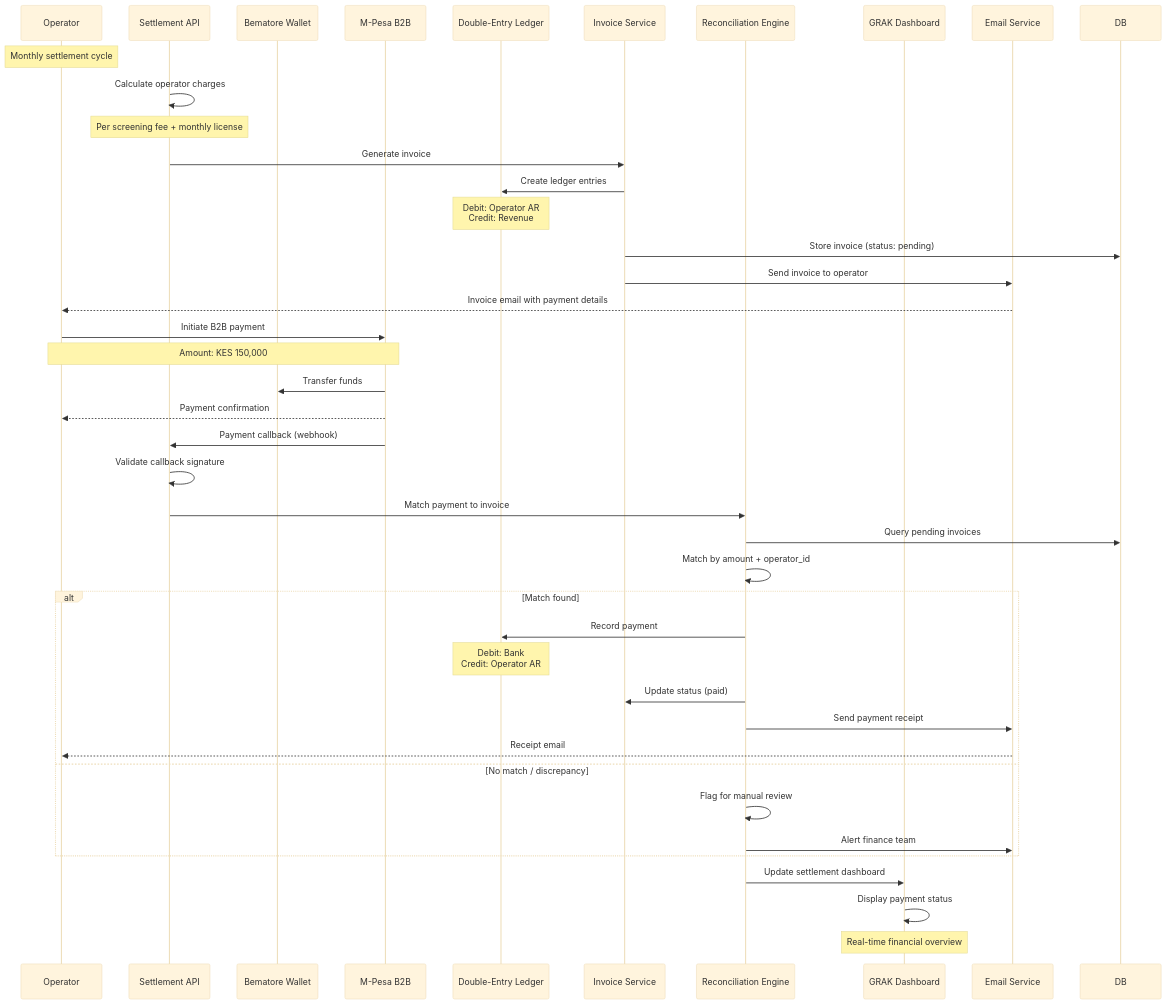
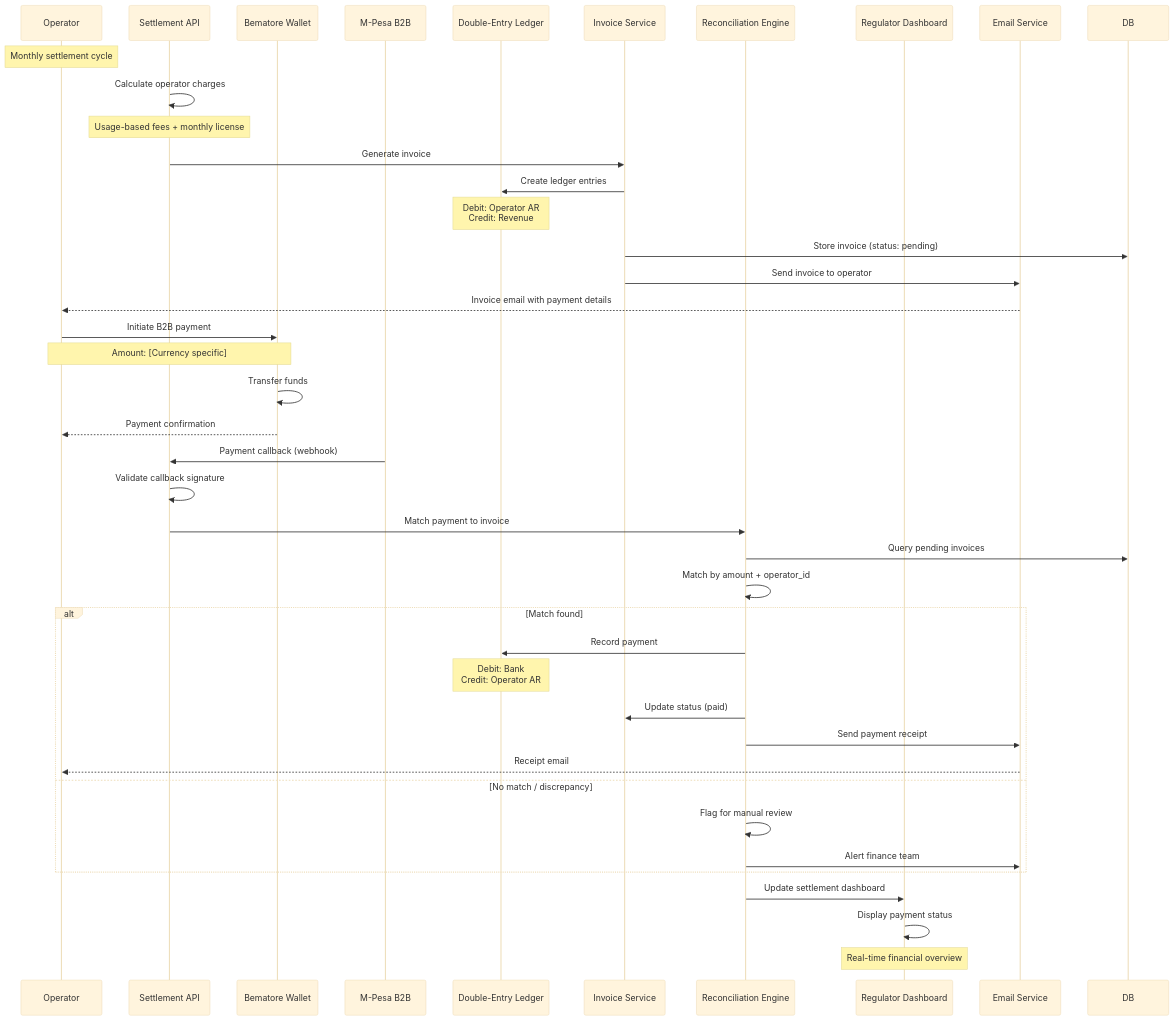
The fourth of 9 diagrams in backend/docs/architecture/data-flow-diagrams.md (tomojanga/Bematore-NSER-RG), drawn with Mermaid (base theme) before and after one commit. The commit also changed other lines of this file and 4 other files, not shown here.

````diff
--- a/backend/docs/architecture/data-flow-diagrams.md
+++ b/backend/docs/architecture/data-flow-diagrams.md
@@ -236,50 +236,50 @@
 ```mermaid
 sequenceDiagram
     participant Op as Operator
     participant API as Settlement API
     participant Wallet as Bematore Wallet
     participant MPesa as M-Pesa B2B
     participant Ledger as Double-Entry Ledger
     participant Invoice as Invoice Service
     participant Recon as Reconciliation Engine
-    participant GRAK as GRAK Dashboard
+    participant Regulator as Regulator Dashboard
     participant Email as Email Service
     
     Note over Op: Monthly settlement cycle
     
     API->>API: Calculate operator charges
-    Note over API: Per screening fee + monthly license
+    Note over API: Usage-based fees + monthly license
     
     API->>Invoice: Generate invoice
     Invoice->>Ledger: Create ledger entries
     Note over Ledger: Debit: Operator AR<br/>Credit: Revenue
     Invoice->>DB: Store invoice (status: pending)
     Invoice->>Email: Send invoice to operator
     Email-->>Op: Invoice email with payment details
     
-    Op->>MPesa: Initiate B2B payment
-    Note over Op,MPesa: Amount: KES 150,000
-    MPesa->>Wallet: Transfer funds
-    MPesa-->>Op: Payment confirmation
+    Op->>Wallet: Initiate B2B payment
+    Note over Op,Wallet: Amount: [Currency specific]
+    Wallet->>Wallet: Transfer funds
+    Wallet-->>Op: Payment confirmation
     
     MPesa->>API: Payment callback (webhook)
     API->>API: Validate callback signature
     API->>Recon: Match payment to invoice
     
     Recon->>DB: Query pending invoices
     Recon->>Recon: Match by amount + operator_id
     alt Match found
         Recon->>Ledger: Record payment
         Note over Ledger: Debit: Bank<br/>Credit: Operator AR
         Recon->>Invoice: Update status (paid)
         Recon->>Email: Send payment receipt
         Email-->>Op: Receipt email
     else No match / discrepancy
         Recon->>Recon: Flag for manual review
         Recon->>Email: Alert finance team
     end
     
-    Recon->>GRAK: Update settlement dashboard
-    GRAK->>GRAK: Display payment status
-    Note over GRAK: Real-time financial overview
+    Recon->>Regulator: Update settlement dashboard
+    Regulator->>Regulator: Display payment status
+    Note over Regulator: Real-time financial overview
 ```
````
